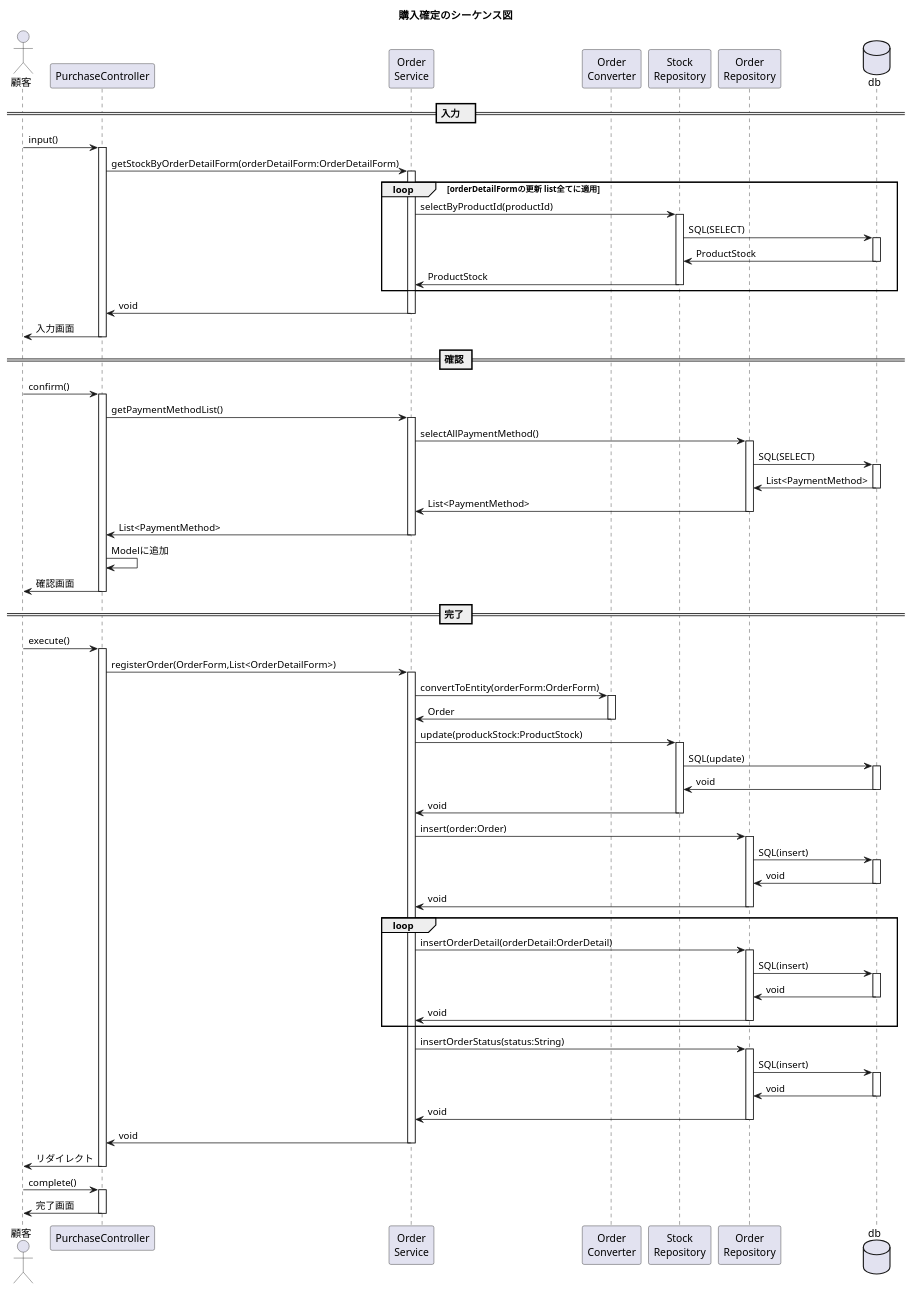
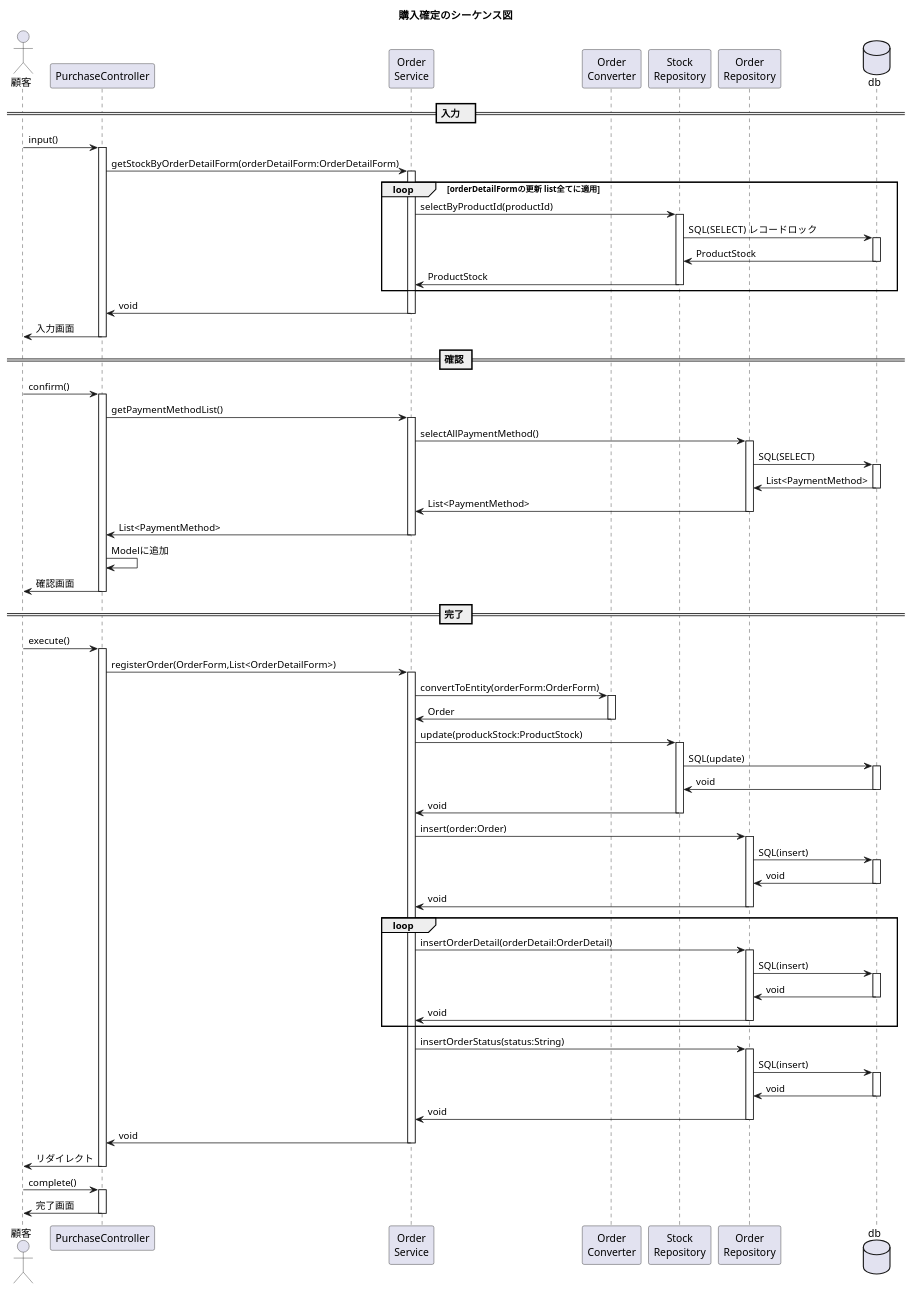
One commit to kanavii3333/ec-b changed the diagram in plan/uml/sequence/2/uc005.plantuml. Above: the diagram before and after it, drawn with PlantUML.

Commit message:
レコードをロックするという文字追加（Issue）

```diff
--- a/plan/uml/sequence/2/uc005.plantuml
+++ b/plan/uml/sequence/2/uc005.plantuml
@@ -1,64 +1,64 @@
 @startuml
 
 title 購入確定のシーケンス図
 actor "顧客" as user
 participant "PurchaseController" as controller
 participant "Order\nService" as service
 participant "Order\nConverter" as helper
 participant "Stock\nRepository" as repository1
 participant "Order\nRepository" as repository2
 database "db" as db
 
 == 入力　==
 user -> controller++:input()
 controller -> service++:getStockByOrderDetailForm(orderDetailForm:OrderDetailForm)
 loop orderDetailFormの更新 list全てに適用
 	service -> repository1++:selectByProductId(productId)
-	repository1 -> db++:SQL(SELECT)
+	repository1 -> db++:SQL(SELECT)  レコードロック
 	db -> repository1--:ProductStock
 	repository1 -> service--:ProductStock
 end
 service -> controller--:void
 controller -> user--:入力画面
 
 == 確認 ==
 user -> controller++:confirm()
 controller -> service++:getPaymentMethodList()
 service -> repository2++:selectAllPaymentMethod()
 repository2 -> db++:SQL(SELECT)
 repository2 <- db--:List<PaymentMethod>
 service <- repository2--:List<PaymentMethod>
 controller <- service--:List<PaymentMethod>
 controller -> controller:Modelに追加
 controller -> user--:確認画面
 
 == 完了 ==
 user -> controller++:execute()
 controller -> service++:registerOrder(OrderForm,List<OrderDetailForm>)
 service -> helper++:convertToEntity(orderForm:OrderForm)
 service <- helper--:Order
 service -> repository1++:update(produckStock:ProductStock)
 repository1 -> db++ :SQL(update)
 repository1 <- db -- :void
 service <- repository1 -- :void
 service -> repository2++:insert(order:Order)
 repository2 -> db++:SQL(insert)
 repository2 <- db--:void
 service <- repository2--:void
 loop
 	service -> repository2++:insertOrderDetail(orderDetail:OrderDetail)
 	repository2 -> db++:SQL(insert)
 	repository2 <- db--:void
 	service <- repository2--:void
 end
 service -> repository2++:insertOrderStatus(status:String)
 repository2 -> db++:SQL(insert)
 repository2 <- db--:void
 service <- repository2--:void
 
 controller <- service--:void
 user <- controller--:リダイレクト
 user -> controller++:complete()
 user <- controller--:完了画面
 
 @enduml
```
